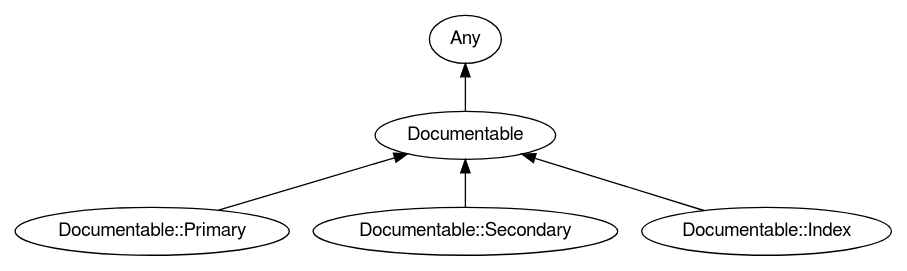
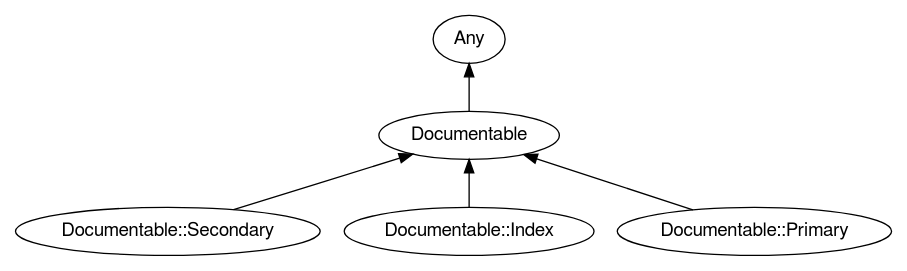
One commit to softmoth/Documentable changed the diagram in images/type-graph-Documentable.svg.dot. Above: the diagram before and after it, drawn with Graphviz. The commit also changed other lines of this file and 9 other files, not shown here.

```diff
--- a/images/type-graph-Documentable.svg.dot
+++ b/images/type-graph-Documentable.svg.dot
@@ -1,19 +1,19 @@
 digraph "perl6-type-graph" {
     rankdir=BT;
     splines=polyline;
     overlap=false; 
     // Types
     "Documentable" [color="#000000", fontcolor="#000000", href="/type/Documentable", fontname="FreeSans"];
     "Any" [color="#000000", fontcolor="#000000", href="/type/Any", fontname="FreeSans"];
-    "Documentable::Primary" [color="#000000", fontcolor="#000000", href="/type/Documentable::Primary", fontname="FreeSans"];
     "Documentable::Secondary" [color="#000000", fontcolor="#000000", href="/type/Documentable::Secondary", fontname="FreeSans"];
     "Documentable::Index" [color="#000000", fontcolor="#000000", href="/type/Documentable::Index", fontname="FreeSans"];
+    "Documentable::Primary" [color="#000000", fontcolor="#000000", href="/type/Documentable::Primary", fontname="FreeSans"];
 
     // Superclasses
     "Documentable" -> "Any" [color="#000000"];
-    "Documentable::Primary" -> "Documentable" [color="#000000"];
     "Documentable::Secondary" -> "Documentable" [color="#000000"];
     "Documentable::Index" -> "Documentable" [color="#000000"];
+    "Documentable::Primary" -> "Documentable" [color="#000000"];
 
     // Roles
 }
```
